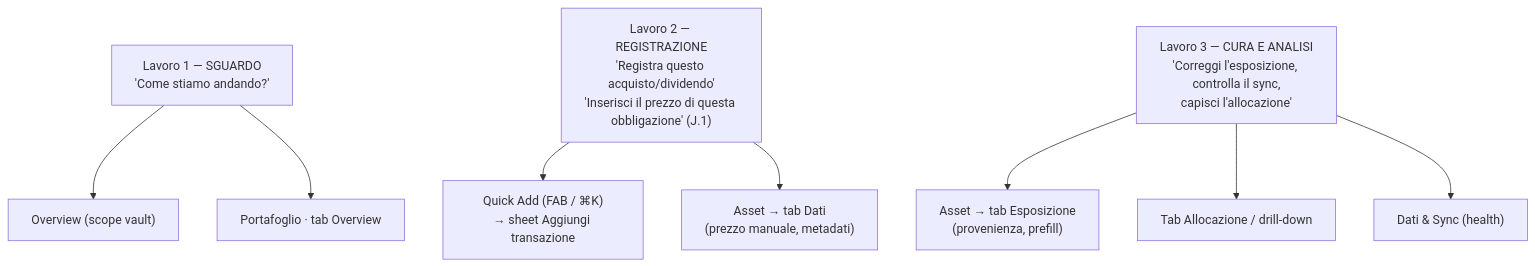
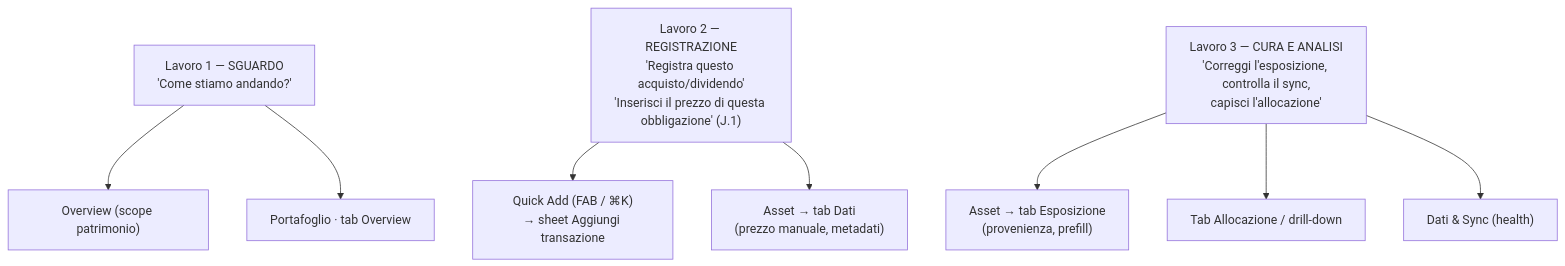
Before and after one commit to alv67/vault-lab: the second of 8 diagrams in docs/UX-REDESIGN.it.md, drawn with Mermaid. The commit also changed other lines of this file and 47 other files, not shown here.

````diff
--- a/docs/UX-REDESIGN.it.md
+++ b/docs/UX-REDESIGN.it.md
@@ -124,10 +124,10 @@
 ```mermaid
 flowchart TD
-    J1["Lavoro 1 — SGUARDO<br/>'Come stiamo andando?'"] --> S1["Overview (scope vault)"]
+    J1["Lavoro 1 — SGUARDO<br/>'Come stiamo andando?'"] --> S1["Overview (scope patrimonio)"]
     J1 --> S2["Portafoglio · tab Overview"]
     J2["Lavoro 2 — REGISTRAZIONE<br/>'Registra questo acquisto/dividendo'<br/>'Inserisci il prezzo di questa obbligazione' (J.1)"] --> S3["Quick Add (FAB / ⌘K)<br/>→ sheet Aggiungi transazione"]
     J2 --> S4["Asset → tab Dati<br/>(prezzo manuale, metadati)"]
     J3["Lavoro 3 — CURA E ANALISI<br/>'Correggi l'esposizione, controlla il sync,<br/>capisci l'allocazione'"] --> S5["Asset → tab Esposizione<br/>(provenienza, prefill)"]
     J3 --> S6["Tab Allocazione / drill-down"]
     J3 --> S7["Dati & Sync (health)"]
 ```
````
